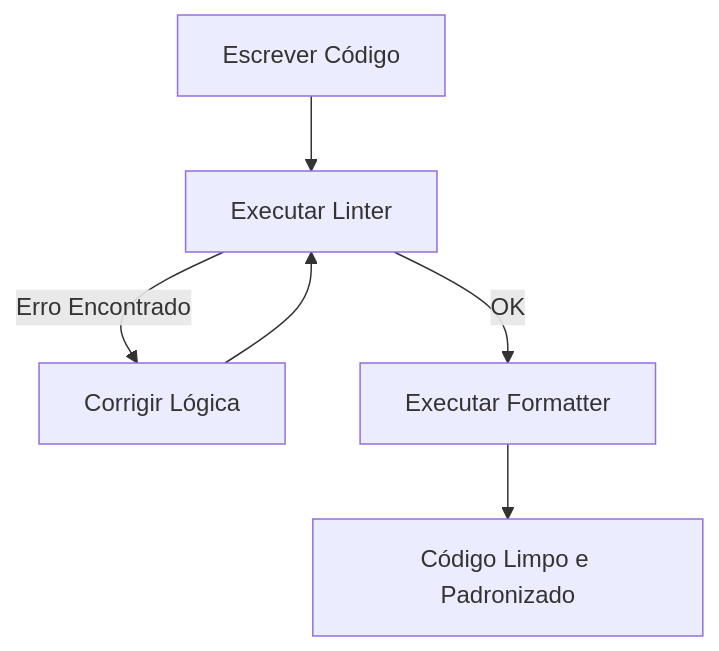
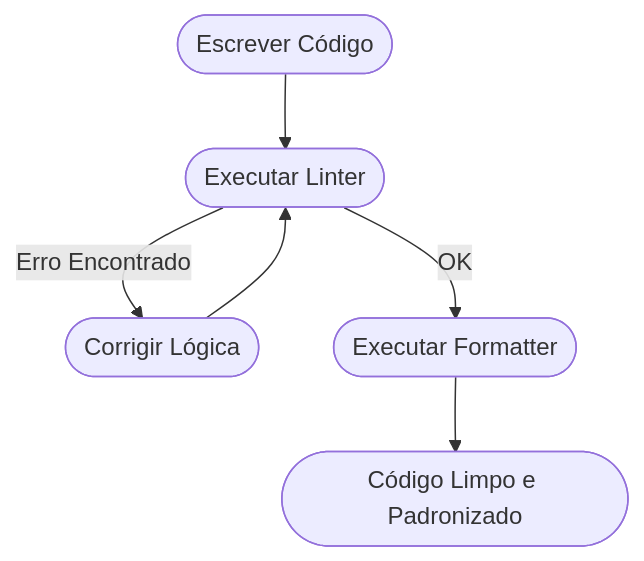
One commit to ricardotecpro/ads_extra_guia_de_ferramentas changed the diagram in docs/aulas/aula-10.md. Above: the diagram before and after it, drawn with Mermaid. The commit also changed other lines of this file and 69 other files, not shown here.

````diff
--- a/docs/aulas/aula-10.md
+++ b/docs/aulas/aula-10.md
@@ -33,8 +38,8 @@
 ```mermaid
 graph TD
-    Code[Escrever Código] --> Lint[Executar Linter]
-    Lint -- Erro Encontrado --> Fix[Corrigir Lógica]
+    Code([Escrever Código]) --> Lint([Executar Linter])
+    Lint -- Erro Encontrado --> Fix([Corrigir Lógica])
     Fix --> Lint
-    Lint -- OK --> Format[Executar Formatter]
-    Format --> Clean[Código Limpo e Padronizado]
+    Lint -- OK --> Format([Executar Formatter])
+    Format --> Clean([Código Limpo e Padronizado])
 ```
````
